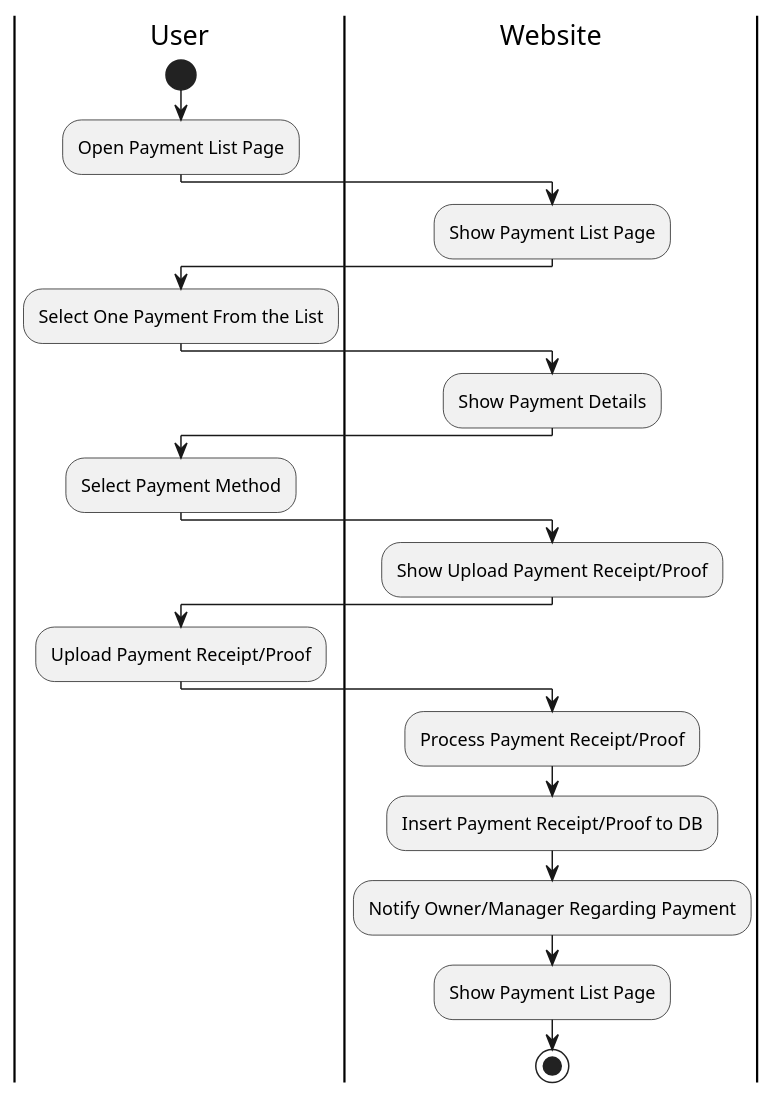
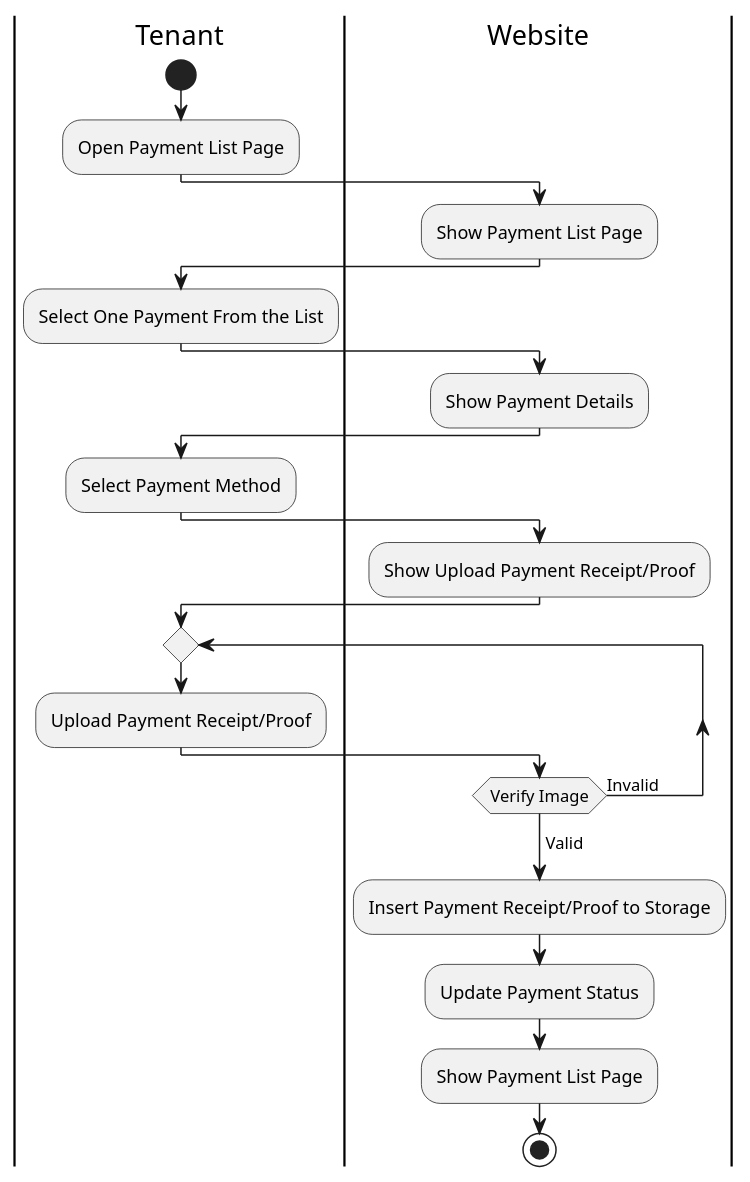
One commit to AntWort21/BHFMS changed the diagram in Design/BHFMS_ACTIVITY/Pay Rent v2.puml. Above: the diagram before and after it, drawn with PlantUML. The commit also changed 21 other files, not shown here.

First line of the commit message:
Update Use Case & Activity & ERD

```diff
--- a/Design/BHFMS_ACTIVITY/Pay Rent v2.puml
+++ b/Design/BHFMS_ACTIVITY/Pay Rent v2.puml
@@ -1,32 +1,32 @@
 @startuml
 
-|User|
+|Tenant|
 start
 :Open Payment List Page;
 
 |Website|
 :Show Payment List Page;
 
-|User|
+|Tenant|
 :Select One Payment From the List;
 
 |Website|
 :Show Payment Details;
 
-|User|
+|Tenant|
 :Select Payment Method;
 
 |Website|
 :Show Upload Payment Receipt/Proof;
 
-|User|
+|Tenant|
+repeat
 :Upload Payment Receipt/Proof;
-
 |Website|
-:Process Payment Receipt/Proof;
-:Insert Payment Receipt/Proof to DB;
-:Notify Owner/Manager Regarding Payment;
-:Show Payment List Page;
+repeat while (Verify Image) is (Invalid)
+        ->Valid;
+    :Insert Payment Receipt/Proof to Storage;
+    :Update Payment Status;
+    :Show Payment List Page;
 stop
-
 @enduml
```
